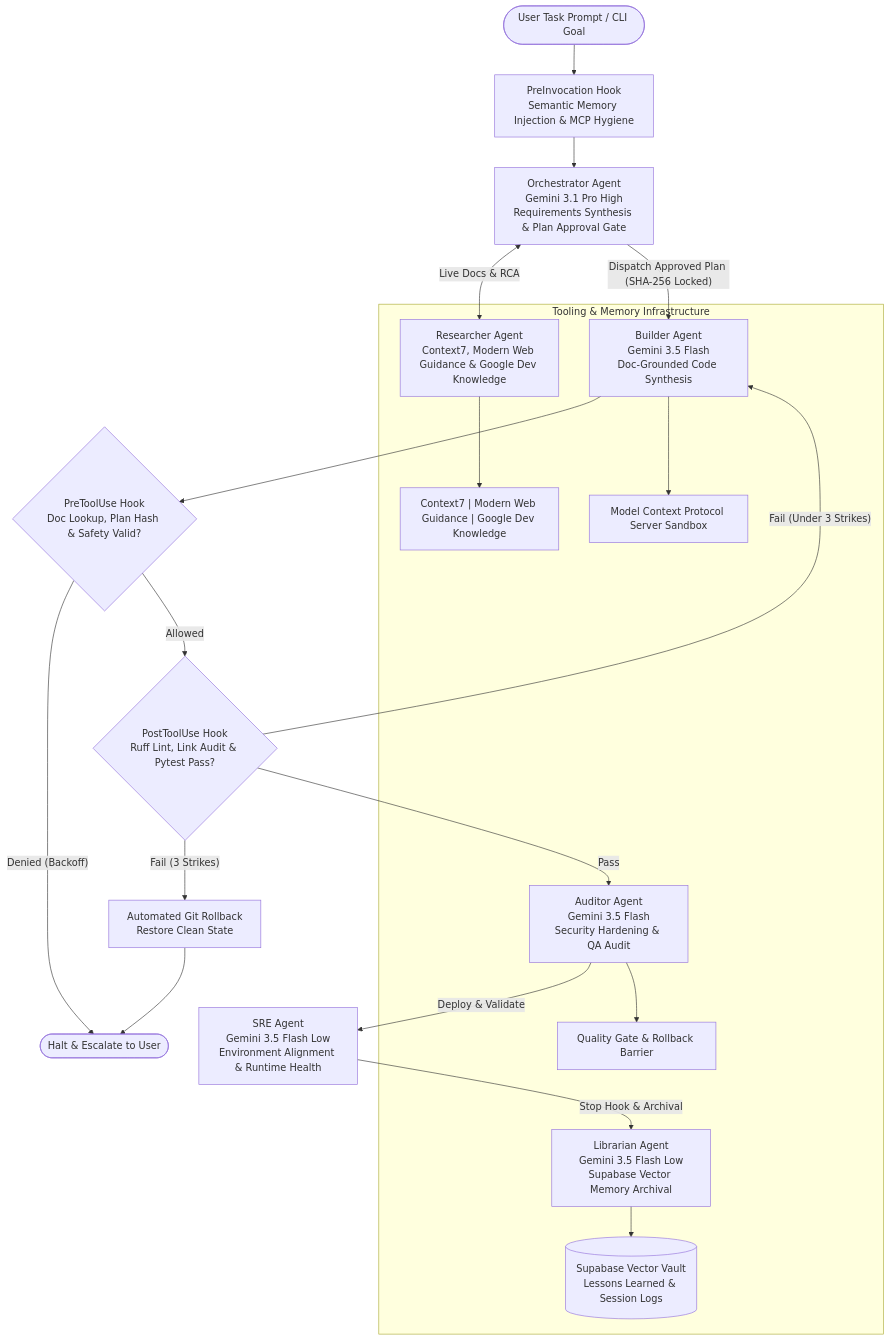
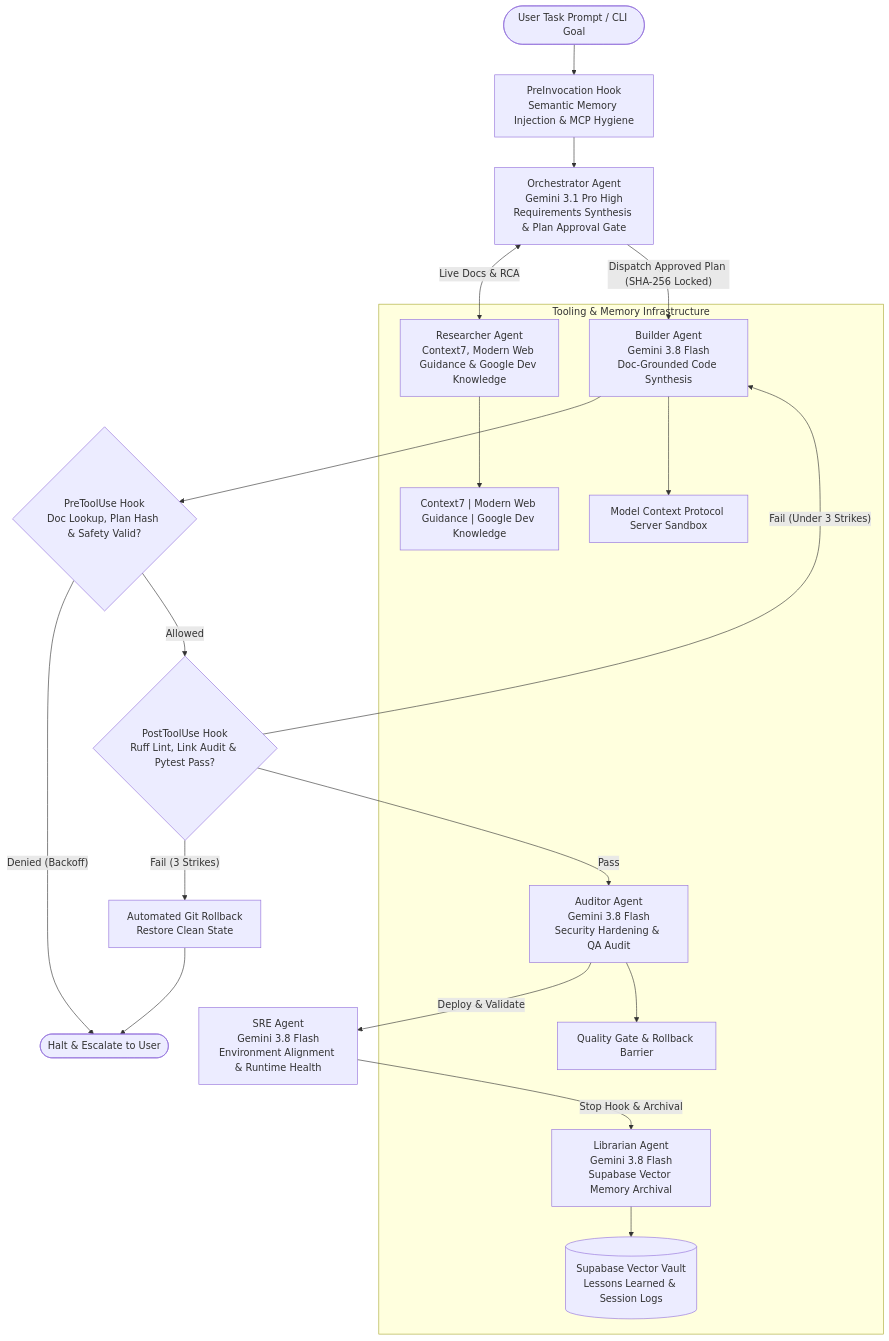
Before and after one commit to dnguyen029/antigravity-sdk: the diagram in README.md, drawn with Mermaid. The commit also changed other lines of this file and 3 other files, not shown here.

````diff
--- a/README.md
+++ b/README.md
@@ -21,23 +21,23 @@
 ```mermaid
 flowchart TD
     UserPrompt(["User Task Prompt / CLI Goal"]) --> PreInv["PreInvocation Hook<br/>Semantic Memory Injection & MCP Hygiene"]
     PreInv --> Orchestrator["Orchestrator Agent<br/>Gemini 3.1 Pro High<br/>Requirements Synthesis & Plan Approval Gate"]
     Orchestrator <-->|"Live Docs & RCA"| Researcher["Researcher Agent<br/>Context7, Modern Web Guidance & Google Dev Knowledge"]
     
-    Orchestrator -->|"Dispatch Approved Plan (SHA-256 Locked)"| Builder["Builder Agent<br/>Gemini 3.5 Flash<br/>Doc-Grounded Code Synthesis"]
+    Orchestrator -->|"Dispatch Approved Plan (SHA-256 Locked)"| Builder["Builder Agent<br/>Gemini 3.8 Flash<br/>Doc-Grounded Code Synthesis"]
     Builder --> PreTool{"PreToolUse Hook<br/>Doc Lookup, Plan Hash & Safety Valid?"}
     PreTool -->|"Denied (Backoff)"| Escalation(["Halt & Escalate to User"])
     PreTool -->|"Allowed"| PostTool{"PostToolUse Hook<br/>Ruff Lint, Link Audit & Pytest Pass?"}
     PostTool -->|"Fail (Under 3 Strikes)"| Builder
     PostTool -->|"Fail (3 Strikes)"| Rollback["Automated Git Rollback<br/>Restore Clean State"] --> Escalation
-    PostTool -->|"Pass"| Auditor["Auditor Agent<br/>Gemini 3.5 Flash<br/>Security Hardening & QA Audit"]
-    Auditor -->|"Deploy & Validate"| SRE["SRE Agent<br/>Gemini 3.5 Flash Low<br/>Environment Alignment & Runtime Health"]
-    SRE -->|"Stop Hook & Archival"| Librarian["Librarian Agent<br/>Gemini 3.5 Flash Low<br/>Supabase Vector Memory Archival"]
+    PostTool -->|"Pass"| Auditor["Auditor Agent<br/>Gemini 3.8 Flash<br/>Security Hardening & QA Audit"]
+    Auditor -->|"Deploy & Validate"| SRE["SRE Agent<br/>Gemini 3.8 Flash<br/>Environment Alignment & Runtime Health"]
+    SRE -->|"Stop Hook & Archival"| Librarian["Librarian Agent<br/>Gemini 3.8 Flash<br/>Supabase Vector Memory Archival"]
 
     subgraph Integrations ["Tooling & Memory Infrastructure"]
         Researcher --> DocTools["Context7 | Modern Web Guidance | Google Dev Knowledge"]
         Builder --> MCP["Model Context Protocol Server Sandbox"]
         Auditor --> QualityGate["Quality Gate & Rollback Barrier"]
         Librarian --> VectorDB[("Supabase Vector Vault<br/>Lessons Learned & Session Logs")]
     end
 ```
````
